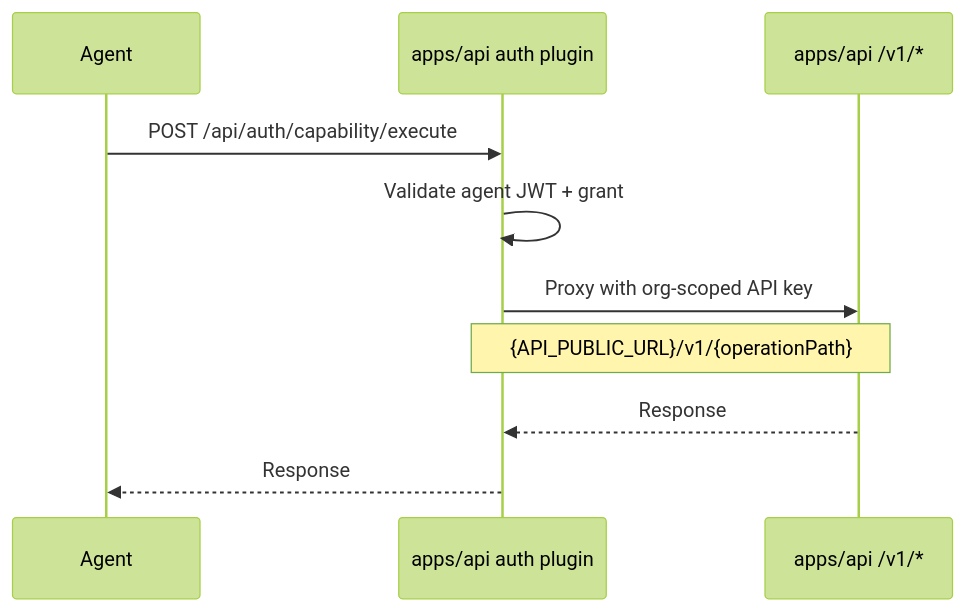
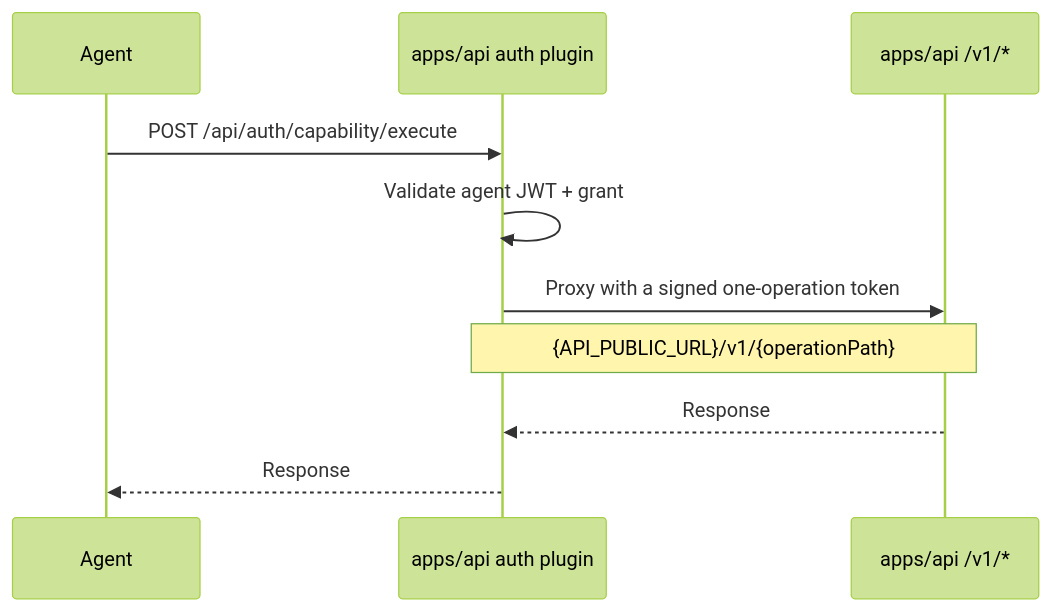
Before and after one commit to rodrigobarona/prood-commerce-platform: the second of 2 diagrams in apps/docs/content/docs/apps/api/agent-auth.mdx, drawn with Mermaid (forest theme). The commit also changed other lines of this file and 35 other files, not shown here.

First line of the commit message:
Harden Agent Auth: fresh sign-in for store changes, audit log, no stored proxy keys

````diff
--- a/apps/docs/content/docs/apps/api/agent-auth.mdx
+++ b/apps/docs/content/docs/apps/api/agent-auth.mdx
@@ -103,13 +107,13 @@
 ```mermaid
 sequenceDiagram
   participant Agent
   participant Auth as apps/api auth plugin
   participant API as apps/api /v1/*
 
   Agent->>Auth: POST /api/auth/capability/execute
   Auth->>Auth: Validate agent JWT + grant
-  Auth->>API: Proxy with org-scoped API key
+  Auth->>API: Proxy with a signed one-operation token
   Note over Auth,API: {API_PUBLIC_URL}/v1/{operationPath}
   API-->>Auth: Response
   Auth-->>Agent: Response
 ```
````
